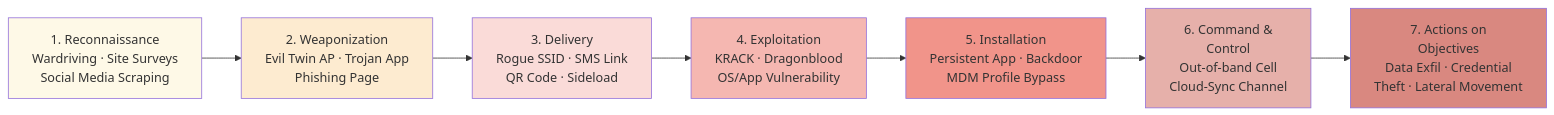
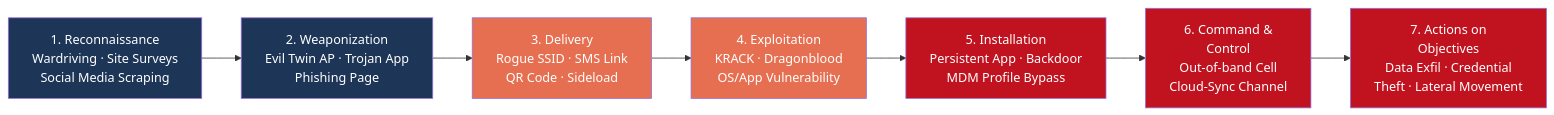
Before and after one commit to RossMora-Pilots/405-Mobile-Wireless-Security: the first of 2 diagrams in CC/Winter 2025/Mobile Wireless Security - Mohamed Jbeili - CSC-7306/CYBER_KILL_CHAIN_ANALYSIS.md, drawn with Mermaid. The commit also changed other lines of this file and 6 other files, not shown here.

First line of the commit message:
Remediate 5 growth areas: defense validation, risk quantification, lessons learned, visual palette, new diagrams

````diff
--- a/CC/Winter 2025/Mobile Wireless Security - Mohamed Jbeili - CSC-7306/CYBER_KILL_CHAIN_ANALYSIS.md
+++ b/CC/Winter 2025/Mobile Wireless Security - Mohamed Jbeili - CSC-7306/CYBER_KILL_CHAIN_ANALYSIS.md
@@ -27,20 +28,20 @@
 ```mermaid
 flowchart LR
     R["1. Reconnaissance<br/>Wardriving · Site Surveys<br/>Social Media Scraping"]
     W["2. Weaponization<br/>Evil Twin AP · Trojan App<br/>Phishing Page"]
     D["3. Delivery<br/>Rogue SSID · SMS Link<br/>QR Code · Sideload"]
     E["4. Exploitation<br/>KRACK · Dragonblood<br/>OS/App Vulnerability"]
     I["5. Installation<br/>Persistent App · Backdoor<br/>MDM Profile Bypass"]
     C2["6. Command &<br/>Control<br/>Out-of-band Cell<br/>Cloud-Sync Channel"]
     A["7. Actions on<br/>Objectives<br/>Data Exfil · Credential<br/>Theft · Lateral Movement"]
 
     R --> W --> D --> E --> I --> C2 --> A
 
-    style R fill:#fef9e7,color:#333
-    style W fill:#fdebd0,color:#333
-    style D fill:#fadbd8,color:#333
-    style E fill:#f5b7b1,color:#333
-    style I fill:#f1948a,color:#333
-    style C2 fill:#e6b0aa,color:#333
-    style A fill:#d98880,color:#333
+    style R fill:#1d3557,color:#fff
+    style W fill:#1d3557,color:#fff
+    style D fill:#e76f51,color:#fff
+    style E fill:#e76f51,color:#fff
+    style I fill:#c1121f,color:#fff
+    style C2 fill:#c1121f,color:#fff
+    style A fill:#c1121f,color:#fff
 ```
````
